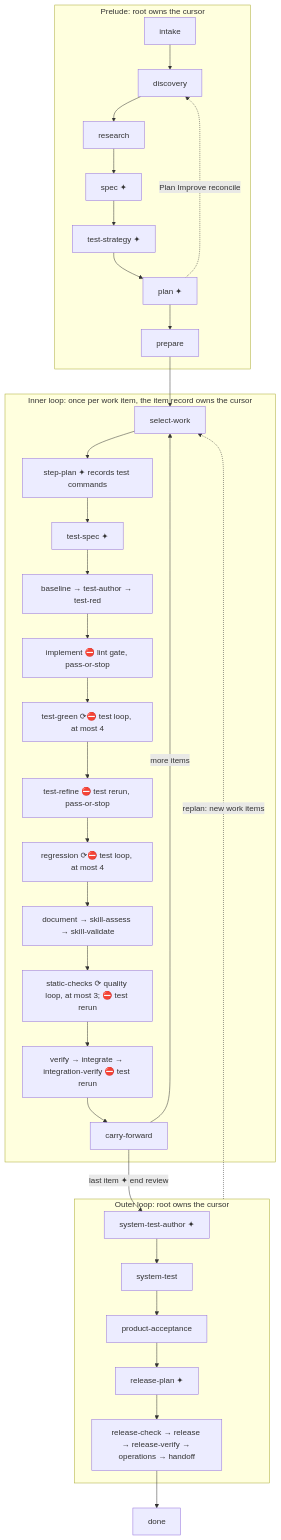
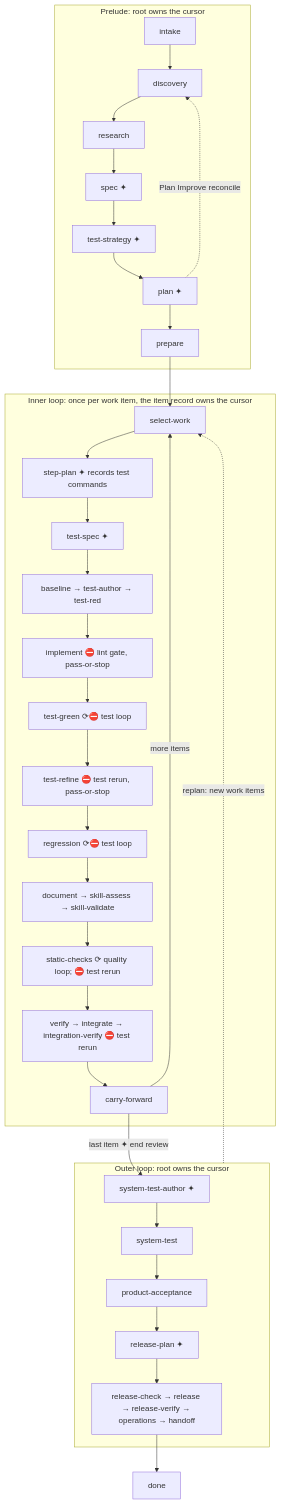
The second of 4 diagrams in skills/shiploop/references/navigator.md (whichguy/skill-craft), drawn with Mermaid before and after one commit. The commit also changed other lines of this file and 9 other files, not shown here.

First line of the commit message:
feat(shiploop): run quality and test loops without an iteration limit

````diff
--- a/skills/shiploop/references/navigator.md
+++ b/skills/shiploop/references/navigator.md
@@ -66,27 +66,27 @@
 ```mermaid
 flowchart TD
   subgraph PRELUDE[Prelude: root owns the cursor]
     intake --> discovery --> research --> spec[spec ✦] --> ts[test-strategy ✦] --> plan[plan ✦] --> prepare
     plan -. "Plan Improve reconcile" .-> discovery
   end
   prepare --> SW
   subgraph INNER[Inner loop: once per work item, the item record owns the cursor]
     SW[select-work] --> SP[step-plan ✦ records test commands] --> TS[test-spec ✦] --> BL[baseline → test-author → test-red]
     BL --> IM[implement ⛔ lint gate, pass-or-stop]
-    IM --> TG[test-green ⟳⛔ test loop, at most 4]
+    IM --> TG[test-green ⟳⛔ test loop]
     TG --> TR[test-refine ⛔ test rerun, pass-or-stop]
-    TR --> RG[regression ⟳⛔ test loop, at most 4]
+    TR --> RG[regression ⟳⛔ test loop]
     RG --> DOC[document → skill-assess → skill-validate]
-    DOC --> SC[static-checks ⟳ quality loop, at most 3; ⛔ test rerun]
+    DOC --> SC[static-checks ⟳ quality loop; ⛔ test rerun]
     SC --> VI[verify → integrate → integration-verify ⛔ test rerun]
     VI --> CF[carry-forward]
     CF -->|more items| SW
   end
   CF -->|"last item ✦ end review"| STA
   subgraph OUTER[Outer loop: root owns the cursor]
     STA[system-test-author ✦] --> ST[system-test] --> PA[product-acceptance] --> RP[release-plan ✦]
     RP --> REL[release-check → release → release-verify → operations → handoff]
   end
   OUTER -. "replan: new work items" .-> SW
   REL --> done
 ```
````
